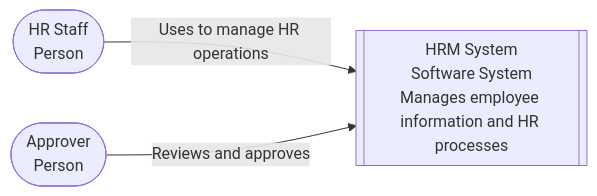
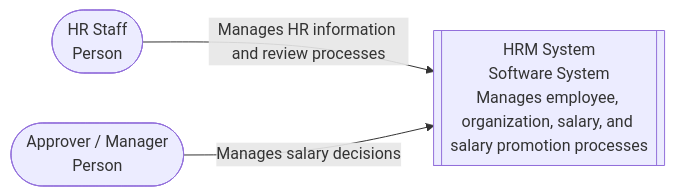
The first of 4 diagrams in README.md (sang2197/QuanLyNhanSu-NguyenVanSang), drawn with Mermaid before and after one commit. The commit also changed other lines of this file and 30 other files, not shown here.

````diff
--- a/README.md
+++ b/README.md
@@ -100,9 +100,9 @@
 ```mermaid
 flowchart LR
     HR([HR Staff<br/>Person])
-    APR([Approver<br/>Person])
-    SYS[["HRM System<br/>Software System<br/>Manages employee information and HR processes"]]
+    APR([Approver / Manager<br/>Person])
+    SYS[["HRM System<br/>Software System<br/>Manages employee, organization, salary, and salary promotion processes"]]
 
-    HR -->|Uses to manage HR operations| SYS
-    APR -->|Reviews and approves| SYS
+    HR -->|Manages HR information and review processes| SYS
+    APR -->|Manages salary decisions| SYS
 ```
````
